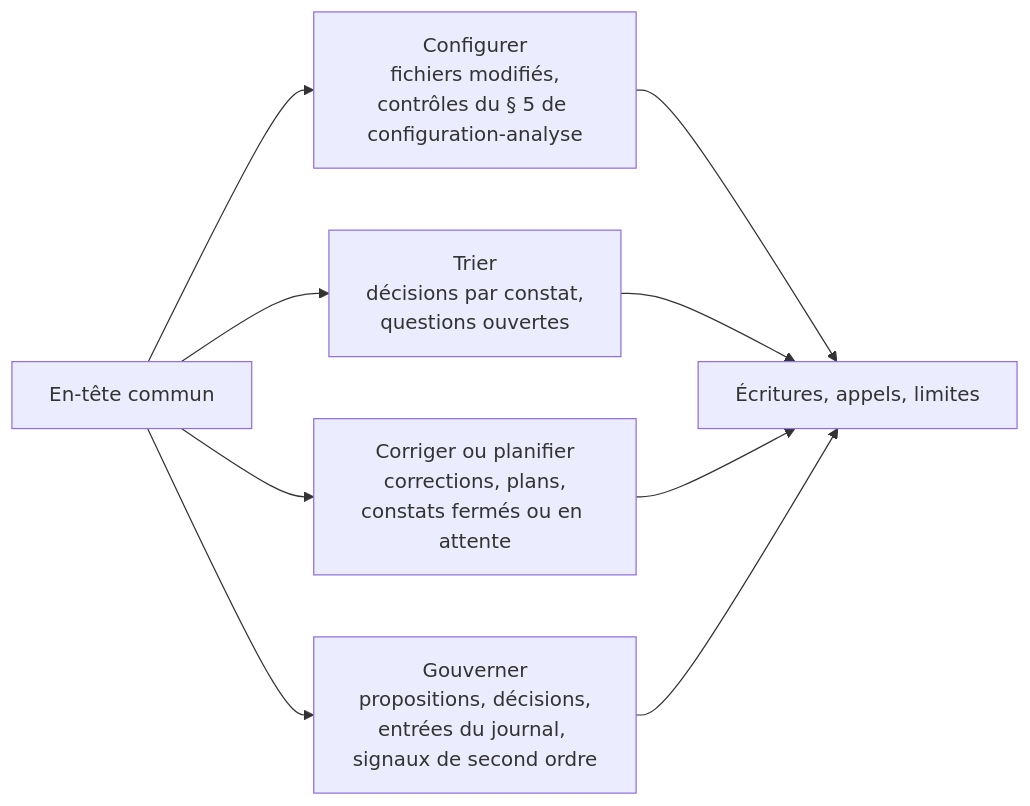
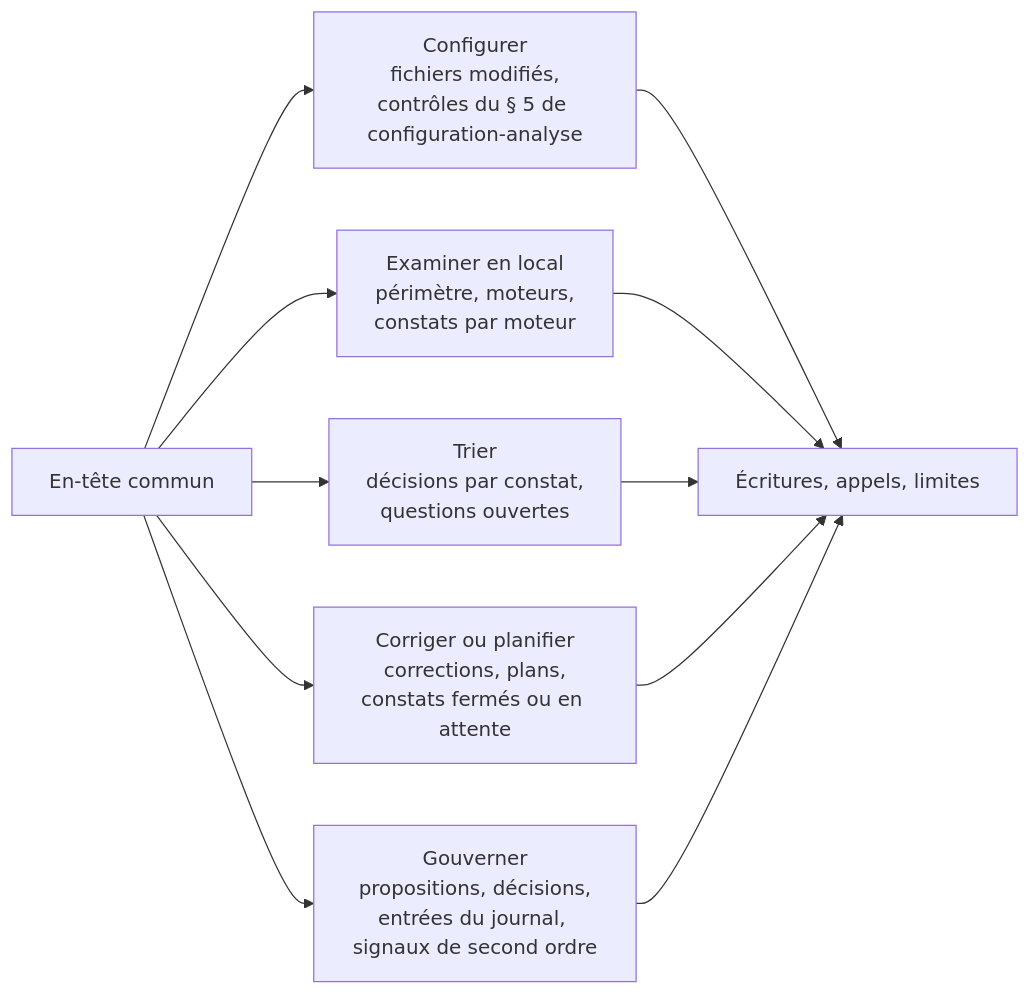
Before and after one commit to FredGarcia/Agent2Prompt: the diagram in specs/sonarqube/modules/rapport/SKILL.md, drawn with Mermaid. The commit also changed other lines of this file and 11 other files, not shown here.

````diff
--- a/specs/sonarqube/modules/rapport/SKILL.md
+++ b/specs/sonarqube/modules/rapport/SKILL.md
@@ -28,11 +28,13 @@
 ```mermaid
 flowchart LR
   H["En-tête commun"] --> CFG["Configurer<br/>fichiers modifiés,<br/>contrôles du § 5 de configuration-analyse"]
+  H --> EXL["Examiner en local<br/>périmètre, moteurs,<br/>constats par moteur"]
   H --> TRI["Trier<br/>décisions par constat,<br/>questions ouvertes"]
   H --> COR["Corriger ou planifier<br/>corrections, plans,<br/>constats fermés ou en attente"]
   H --> GOU["Gouverner<br/>propositions, décisions,<br/>entrées du journal, signaux de second ordre"]
   CFG --> F["Écritures, appels, limites"]
+  EXL --> F
   TRI --> F
   COR --> F
   GOU --> F
 ```
````
